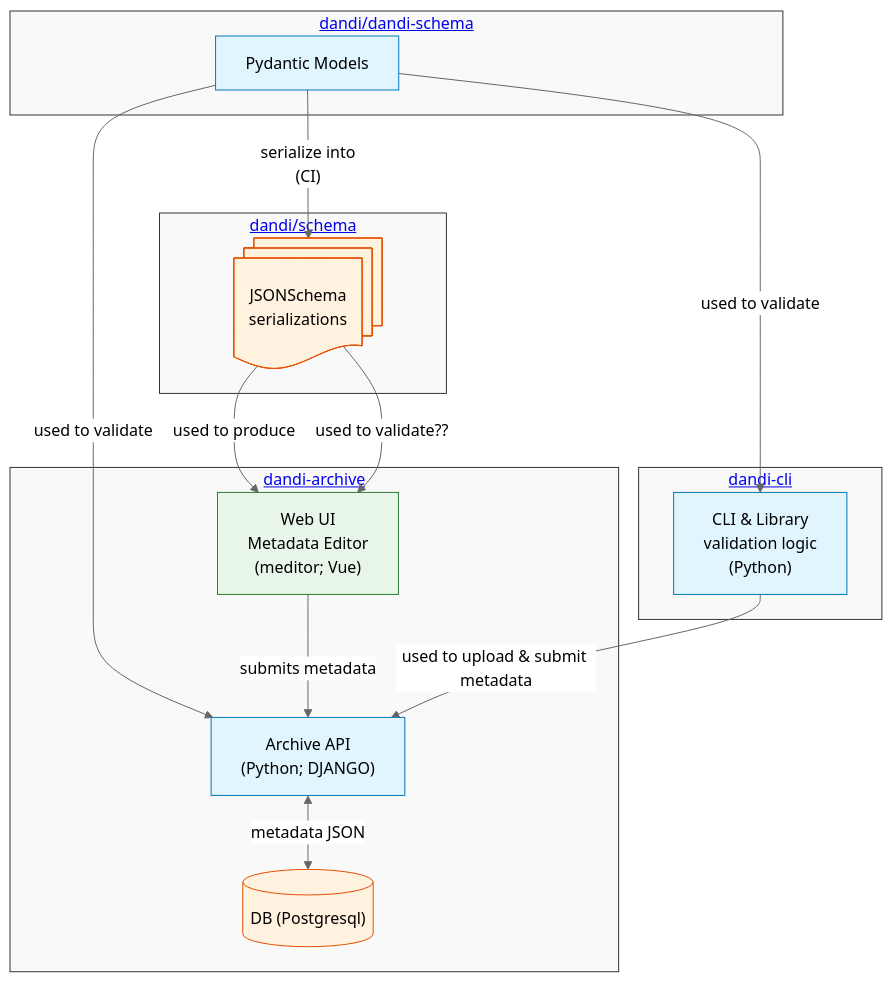
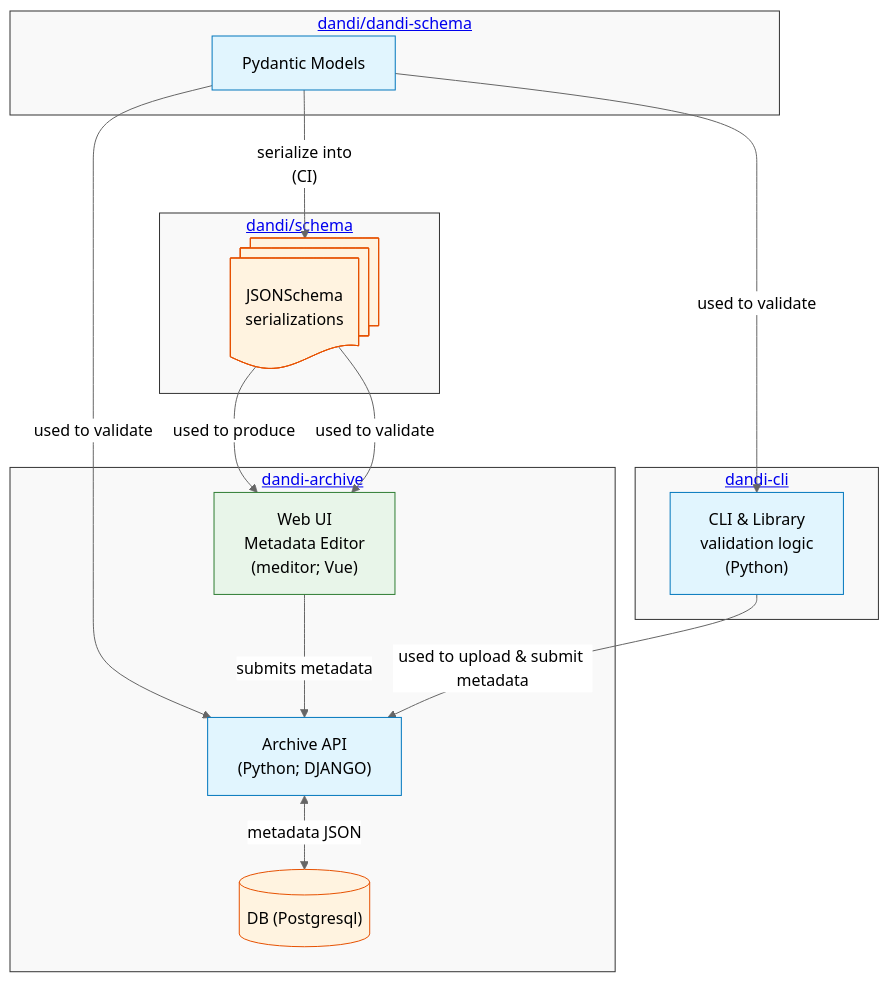
One commit to dandi/dandi-archive changed the diagram in doc/design/vendored-schema-1.md. Above: the diagram before and after it, drawn with Mermaid (neutral theme). The commit also changed other lines of this file, not shown here.

````diff
--- a/doc/design/vendored-schema-1.md
+++ b/doc/design/vendored-schema-1.md
@@ -7,47 +7,47 @@
 ```mermaid
 flowchart TD
   %% repositories as grouped nodes
   subgraph dandi_schema_repo["<a href='https://github.com/dandi/dandi-schema/'>dandi/dandi-schema</a>"]
     Pydantic["Pydantic Models"]
   end
 
   subgraph schema_repo["<a href='https://github.com/dandi/schema/'>dandi/schema</a>"]
     JSONSchema["JSONSchema<br>serializations"]
 
   end
 
   subgraph dandi_cli_repo["<a href='https://github.com/dandi/dandi-cli'>dandi-cli</a>"]
     CLI["CLI & Library<br>validation logic<br/>(Python)"]
   end
 
   subgraph dandi_archive_repo["<a href='https://github.com/dandi/dandi-archive/'>dandi-archive</a>"]
     Meditor["Web UI<br/>Metadata Editor<br/>(meditor; Vue)"]
     API["Archive API<br/>(Python; DJANGO)"]
     Storage[("DB (Postgresql)")]
   end
 
   %% main flow
   Pydantic -->|"serialize into<br/>(CI)"| JSONSchema
   Pydantic -->|used to validate| CLI
   Pydantic -->|used to validate| API
 
   JSONSchema -->|used to produce| Meditor
-  JSONSchema -->|used to validate??| Meditor
+  JSONSchema -->|used to validate| Meditor
   Meditor    -->|submits metadata| API
 
   CLI        -->|used to upload & submit metadata| API
 
   API <-->|metadata JSON| Storage
 
   %% styling
   classDef repo   fill:#f9f9f9,stroke:#333,stroke-width:1px;
   classDef code   fill:#e1f5fe,stroke:#0277bd,stroke-width:1px;
   classDef ui     fill:#e8f5e9,stroke:#2e7d32,stroke-width:1px;
   classDef data   fill:#fff3e0,stroke:#e65100,stroke-width:1px;
   JSONSchema@{ shape: docs }
 
   class dandi_schema_repo,schema_repo,dandi_cli_repo,dandi_archive_repo repo;
   class Pydantic,CLI,API code;
   class JSONSchema,Storage data;
   class Meditor ui;
 ```
````
